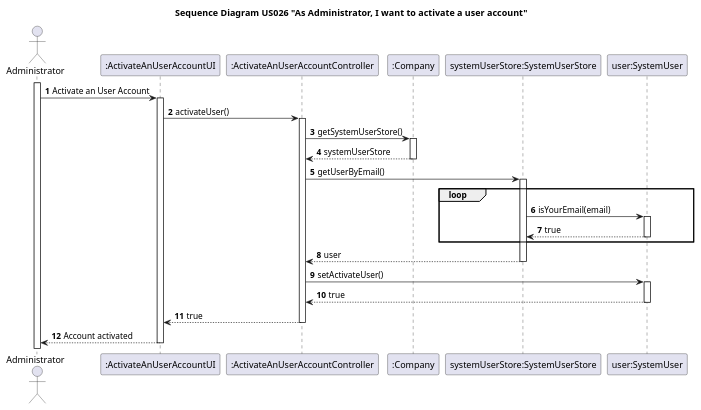
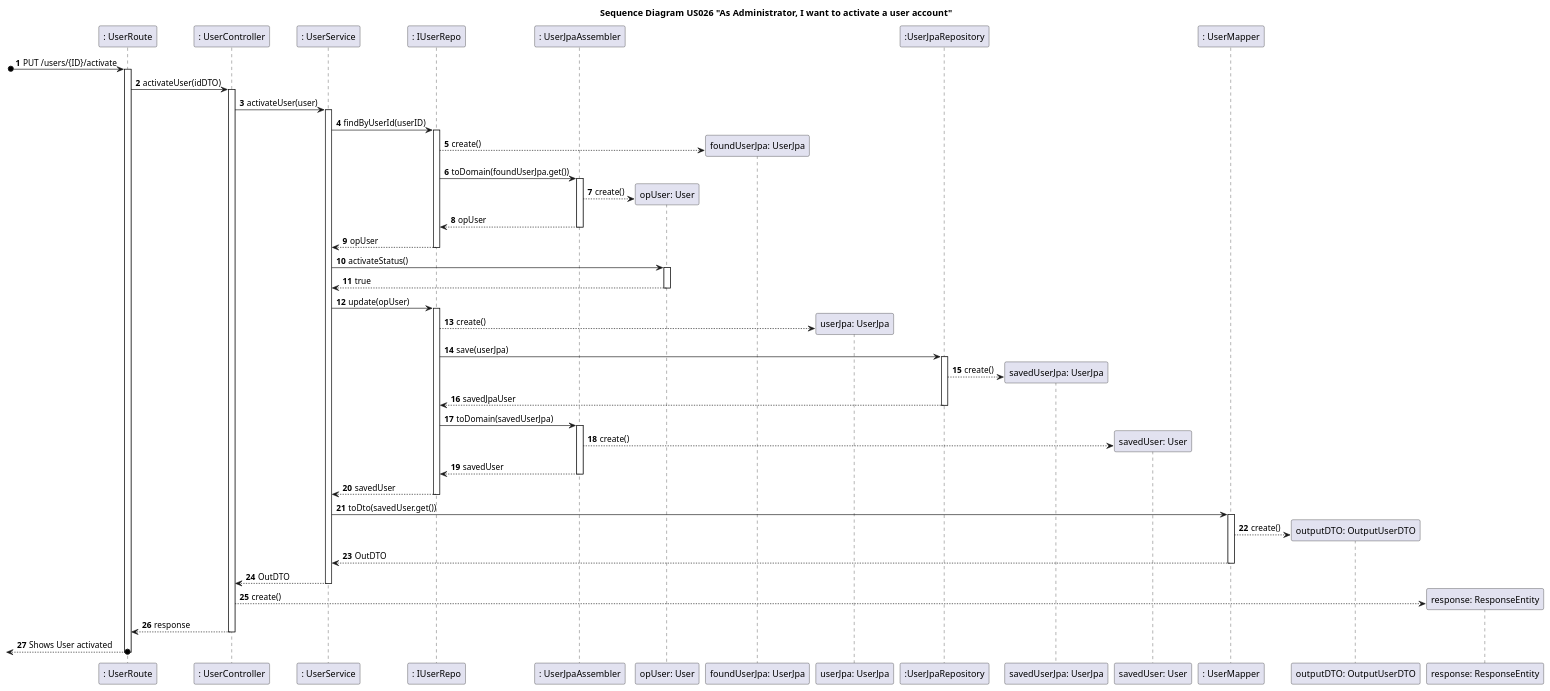
One commit to nunogon1211787/projectManagement changed the diagram in docs/Sprint3/US026/US026-SD.puml. Above: the diagram before and after it, drawn with PlantUML. The commit also changed 335 other files, not shown here.

```diff
--- a/docs/Sprint3/US026/US026-SD.puml
+++ b/docs/Sprint3/US026/US026-SD.puml
@@ -1,33 +1,50 @@
 @startuml
-'https://plantuml.com/sequence-diagram
-
 title Sequence Diagram US026 "As Administrator, I want to activate a user account"
 
 autoactivate on
 autonumber
 
-actor "Administrator" as Administrator
-participant ":ActivateAnUserAccountUI" as UI
-participant ":ActivateAnUserAccountController" as Ctrl
-participant ":Company" as Company
-participant "systemUserStore:SystemUserStore" as SystemUserStore
-participant "user:SystemUser" as SystemUser
+participant ": UserRoute" as UI
+participant ": UserController" as Ctrl
+participant ": UserService" as Serv
+participant ": IUserRepo" as Repo
+participant ": UserJpaAssembler" as Assembler
+participant "opUser: User" as Optional
+participant "foundUserJpa: UserJpa" as FoundUser
+participant "userJpa: UserJpa" as UserJPA
+participant ":UserJpaRepository" as Driver
+participant "savedUserJpa: UserJpa" as SavedJpa
+participant "savedUser: User" as SavedUser
+participant ": UserMapper" as mapper
+participant "outputDTO: OutputUserDTO" as OutDTO
+participant "response: ResponseEntity" as json
 
+[o-> UI:  PUT /users/{ID}/activate
+UI -> Ctrl: activateUser(idDTO)
+Ctrl -> Serv: activateUser(user)
+Serv -> Repo: findByUserId(userID)
+Repo --> FoundUser**: create()
+Repo -> Assembler: toDomain(foundUserJpa.get())
+Assembler --> Optional**: create()
+return opUser
+return opUser
+Serv -> Optional: activateStatus()
+return true
+Serv -> Repo: update(opUser)
+Repo --> UserJPA**: create()
+Repo -> Driver: save(userJpa)
+Driver --> SavedJpa**: create()
+return savedJpaUser
+Repo -> Assembler: toDomain(savedUserJpa)
+Assembler --> SavedUser**: create()
+return savedUser
+return savedUser
+Serv -> mapper: toDto(savedUser.get())
+mapper --> OutDTO**: create()
+return OutDTO
+return OutDTO
+Ctrl --> json**: create()
+return response
+return Shows User activated
 
-activate "Administrator"
-
-"Administrator" -> UI: Activate an User Account
-UI -> Ctrl: activateUser()
-Ctrl -> Company: getSystemUserStore()
-return systemUserStore
-Ctrl -> SystemUserStore : getUserByEmail()
-loop
-SystemUserStore-> SystemUser: isYourEmail(email)
-SystemUser --> SystemUserStore: true
-end
-return user
-Ctrl -> SystemUser : setActivateUser()
-SystemUser --> Ctrl : true
-Ctrl --> UI : true
-UI --> "Administrator": Account activated
 @enduml
```
